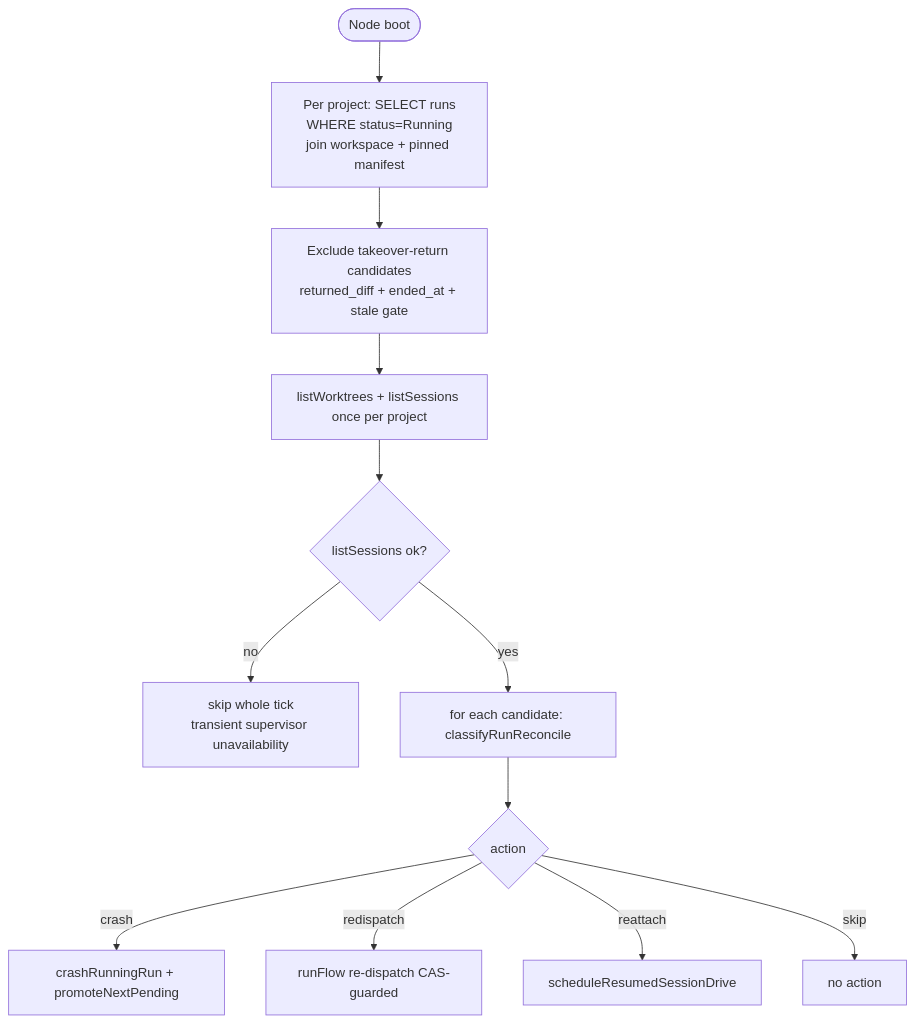
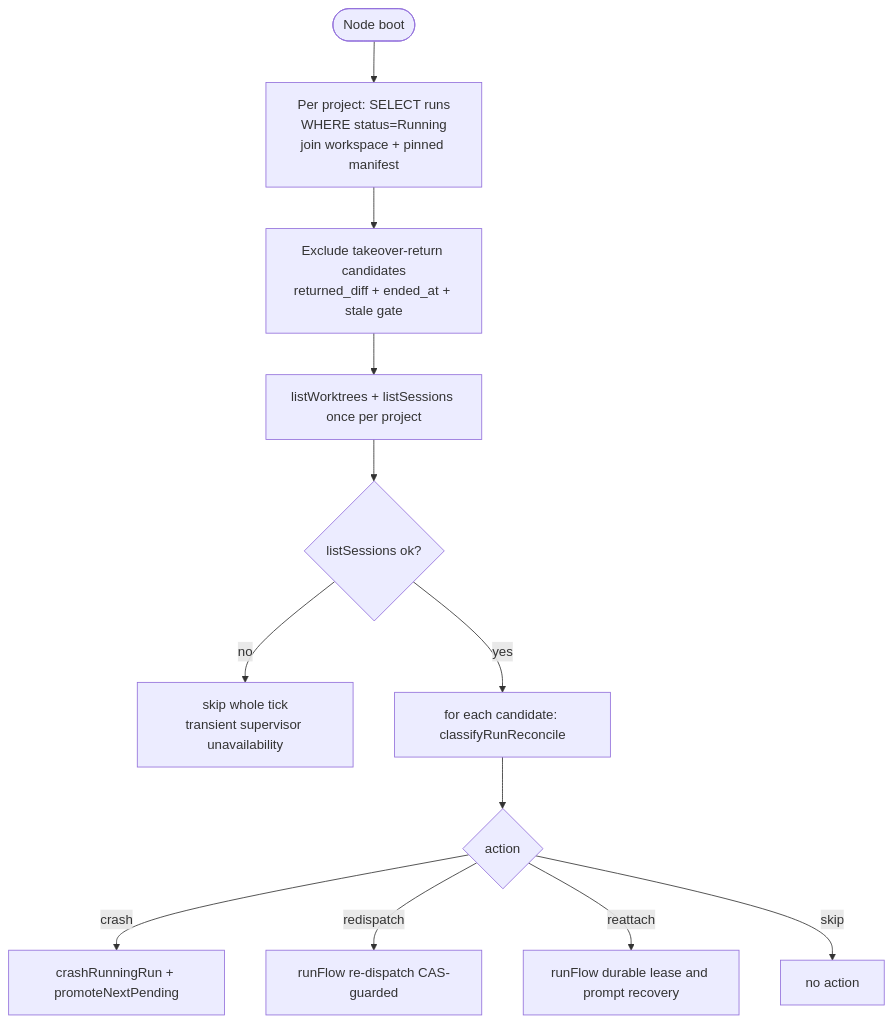
Before and after one commit to maister-dev/maister: the second of 6 diagrams in docs/system-analytics/reconciliation-gc.md, drawn with Mermaid. The commit also changed other lines of this file and 59 other files, not shown here.

````diff
--- a/docs/system-analytics/reconciliation-gc.md
+++ b/docs/system-analytics/reconciliation-gc.md
@@ -197,14 +203,14 @@
 ```mermaid
 flowchart TD
     Start([Node boot]) --> Load[Per project: SELECT runs<br/>WHERE status=Running<br/>join workspace + pinned manifest]
     Load --> Excl[Exclude takeover-return candidates<br/>returned_diff + ended_at + stale gate]
     Excl --> Fetch[listWorktrees + listSessions once per project]
     Fetch --> Sup{listSessions ok?}
     Sup -- no --> SkipTick[skip whole tick<br/>transient supervisor unavailability]
     Sup -- yes --> Each[for each candidate: classifyRunReconcile]
     Each --> Act{action}
     Act -- crash --> Crash[crashRunningRun + promoteNextPending]
     Act -- redispatch --> Redis[runFlow re-dispatch CAS-guarded]
-    Act -- reattach --> Reatt[scheduleResumedSessionDrive]
+    Act -- reattach --> Reatt[runFlow durable lease and prompt recovery]
     Act -- skip --> Noop[no action]
 ```
````
